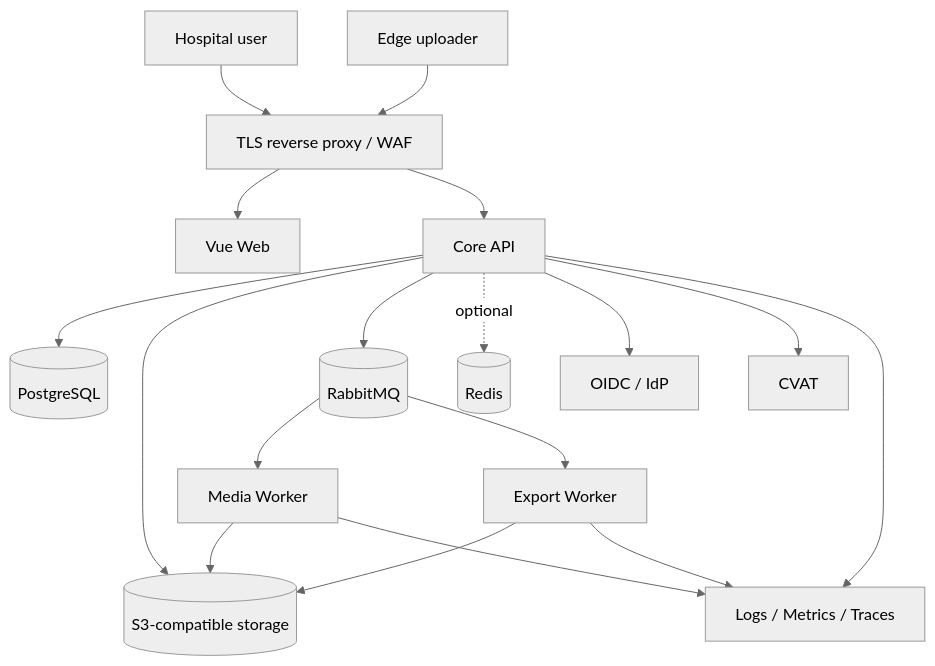
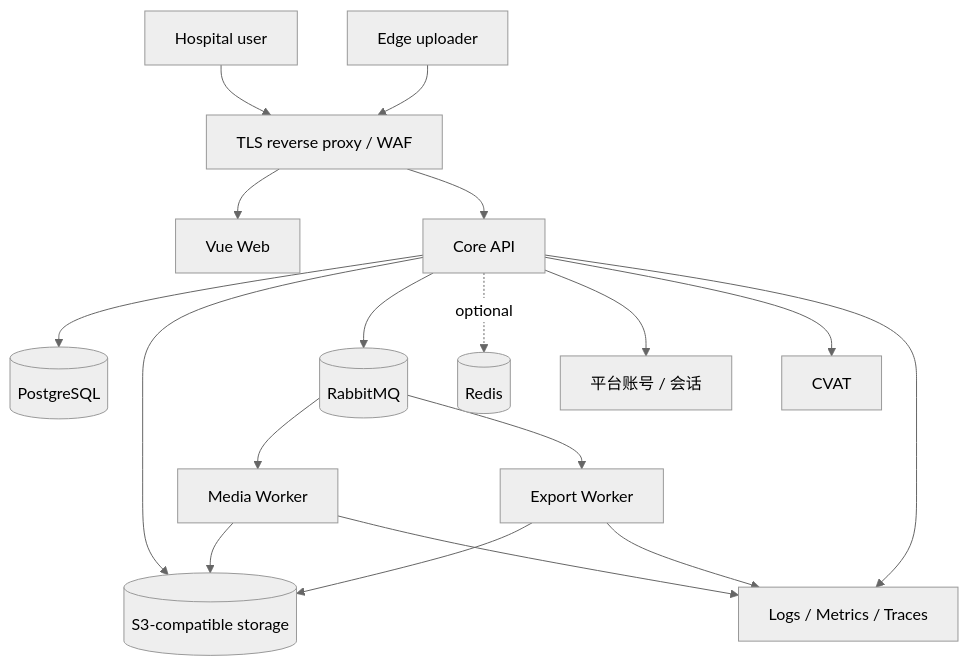
One commit to Soberis/medication-video-platform changed the diagram in docs/architecture/deployment-capacity-and-dr.md. Above: the diagram before and after it, drawn with Mermaid (neutral theme). The commit also changed other lines of this file and 53 other files, not shown here.

````diff
--- a/docs/architecture/deployment-capacity-and-dr.md
+++ b/docs/architecture/deployment-capacity-and-dr.md
@@ -67,20 +67,20 @@
 ```mermaid
 flowchart TB
     U["Hospital user"] --> RP["TLS reverse proxy / WAF"]
     E["Edge uploader"] --> RP
     RP --> WEB["Vue Web"]
     RP --> API["Core API"]
     API --> PG[(PostgreSQL)]
     API --> S3[(S3-compatible storage)]
     API --> MQ[(RabbitMQ)]
     API -. optional .-> REDIS[(Redis)]
-    API --> IDP["OIDC / IdP"]
+    API --> ACCOUNT["平台账号 / 会话"]
     API --> CVAT["CVAT"]
     MQ --> MW["Media Worker"]
     MQ --> EW["Export Worker"]
     MW --> S3
     EW --> S3
     API --> OBS["Logs / Metrics / Traces"]
     MW --> OBS
     EW --> OBS
 ```
````
